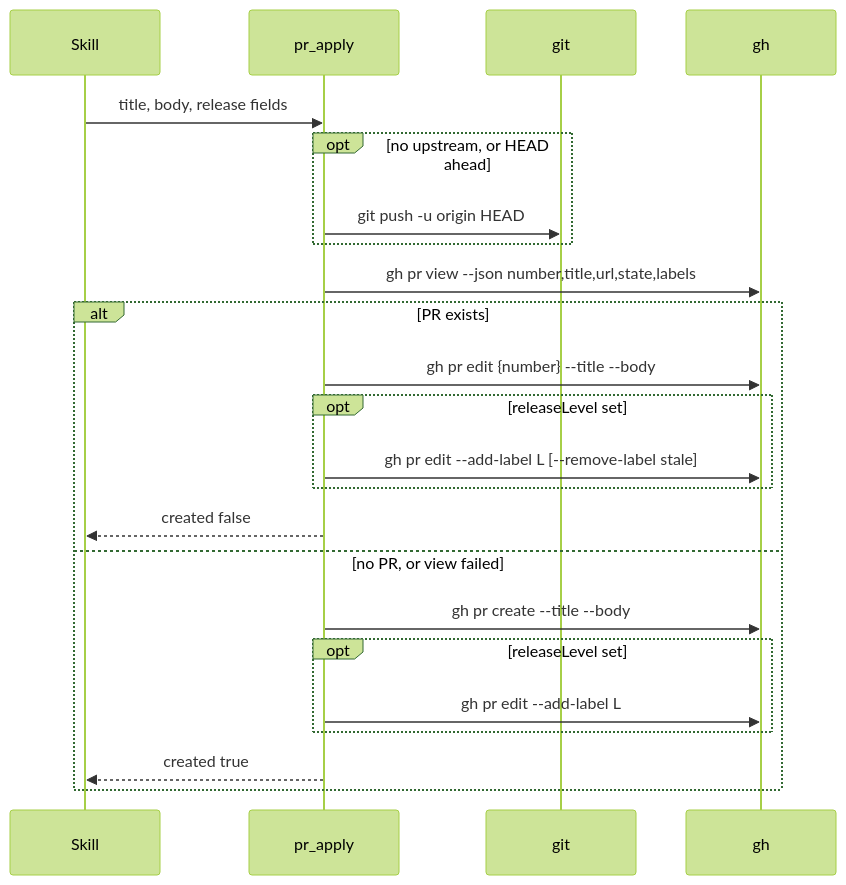
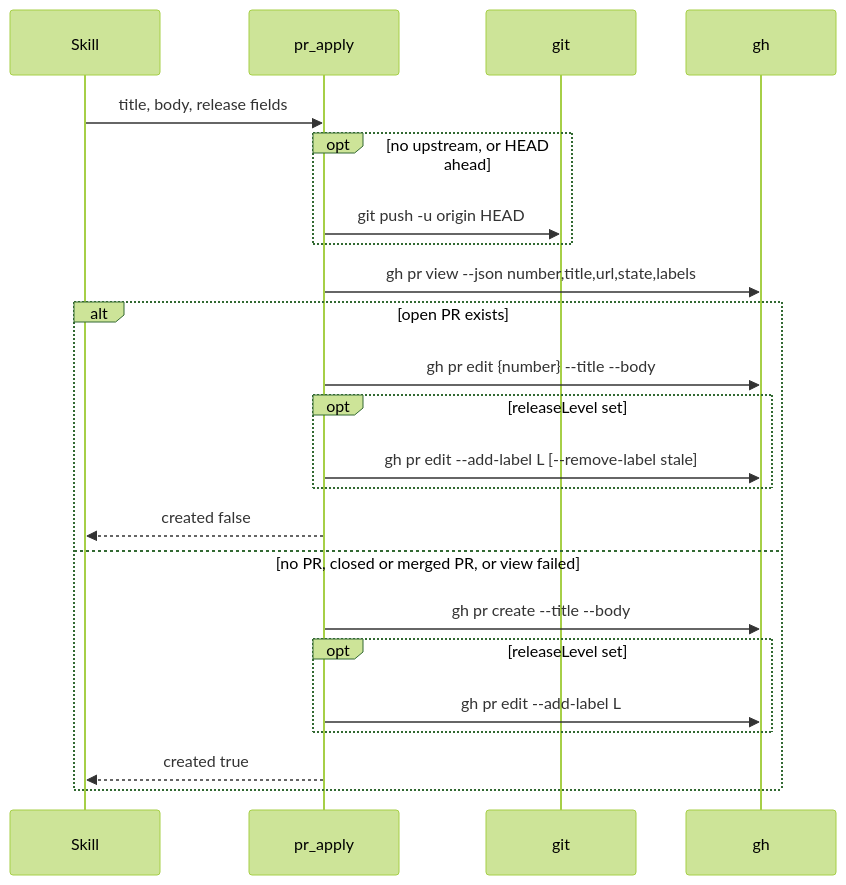
The second of 2 diagrams in openspec/specs/tool-pr-apply/spec.md (rnagrodzki/sdlc-plugin), drawn with Mermaid (forest theme) before and after one commit. The commit also changed other lines of this file and 2 other files, not shown here.

First line of the commit message:
fix(pr): edit only an open PR in pr_apply

````diff
--- a/openspec/specs/tool-pr-apply/spec.md
+++ b/openspec/specs/tool-pr-apply/spec.md
@@ -298,25 +298,25 @@
 ```mermaid
 sequenceDiagram
     participant Skill
     participant T as pr_apply
     participant git
     participant gh
     Skill->>T: title, body, release fields
     opt no upstream, or HEAD ahead
         T->>git: git push -u origin HEAD
     end
     T->>gh: gh pr view --json number,title,url,state,labels
-    alt PR exists
+    alt open PR exists
         T->>gh: gh pr edit {number} --title --body
         opt releaseLevel set
             T->>gh: gh pr edit --add-label L [--remove-label stale]
         end
         T-->>Skill: created false
-    else no PR, or view failed
+    else no PR, closed or merged PR, or view failed
         T->>gh: gh pr create --title --body
         opt releaseLevel set
             T->>gh: gh pr edit --add-label L
         end
         T-->>Skill: created true
     end
 ```
````
